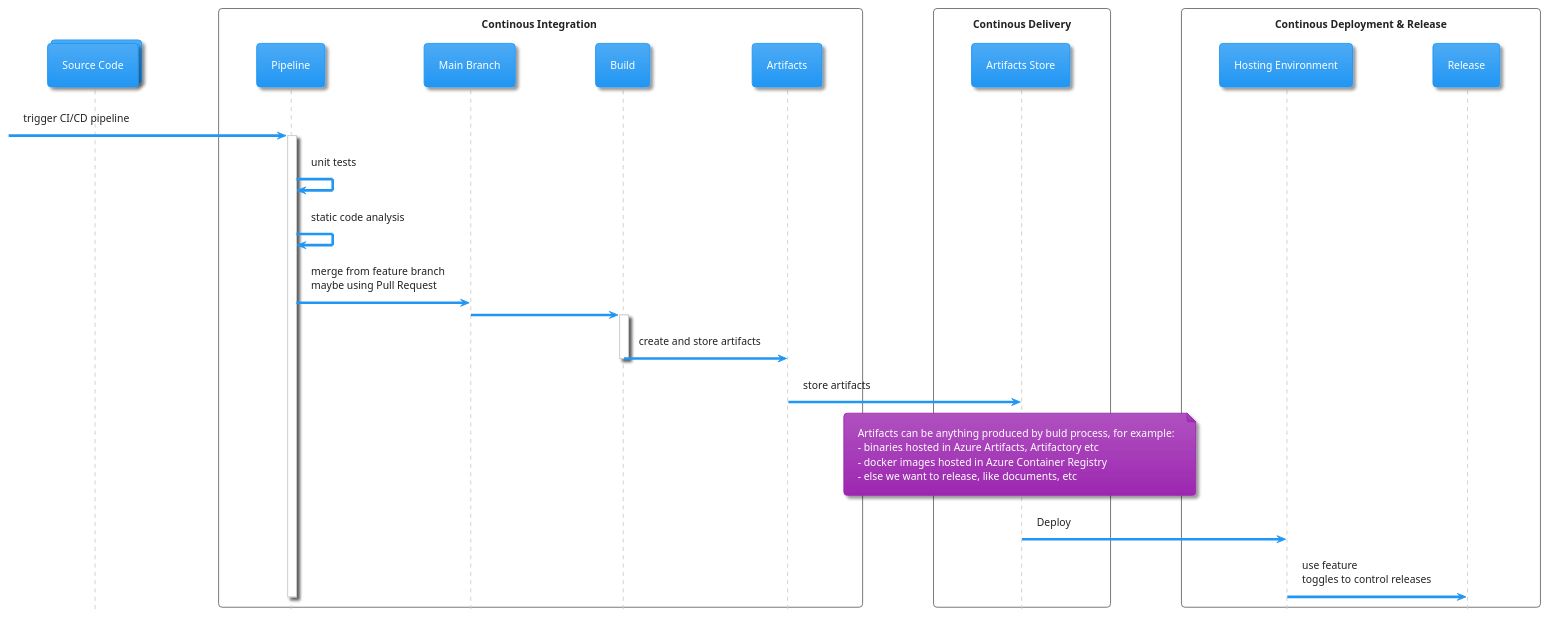
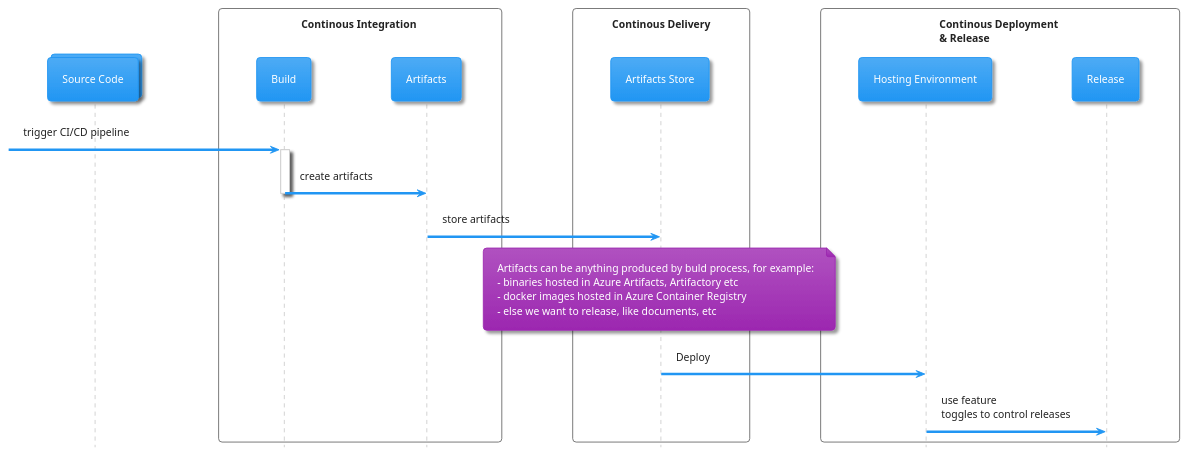
One commit to ilearnazuretoday/azure-devops changed the diagram in media/azure-ci-cd.puml. Above: the diagram before and after it, drawn with PlantUML.

Commit message:
simplified CI/CD diagram

```diff
--- a/media/azure-ci-cd.puml
+++ b/media/azure-ci-cd.puml
@@ -1,34 +1,26 @@
 @startuml azure-ci-cd
 hide footbox
 
 !theme materia
 
 collections "Source Code" as code
 box "Continous Integration <&queue>"
-[-> Pipeline : trigger CI/CD pipeline
-activate Pipeline
-Pipeline -> Pipeline : unit tests
-Pipeline -> Pipeline : static code analysis
-participant "Main Branch" as branch
-
-Pipeline -> branch : merge from feature branch \nmaybe using Pull Request
-branch -> Build
+[-> Build : trigger CI/CD pipeline
 activate Build
-Build -> Artifacts : create and store artifacts
+Build -> Artifacts : create artifacts
 deactivate Build
 end box
 box "Continous Delivery"
 "Artifacts" -> "Artifacts Store" : store artifacts
 end box
 note over "Artifacts Store"
 Artifacts can be anything produced by buld process, for example:
 - binaries hosted in Azure Artifacts, Artifactory etc
 - docker images hosted in Azure Container Registry
 - else we want to release, like documents, etc
 end note
-box "Continous Deployment & Release"
+box "Continous Deployment \n& Release"
 "Artifacts Store" -> "Hosting Environment" : Deploy
 "Hosting Environment" -> "Release" : use feature \ntoggles to control releases
 end box
-deactivate Pipeline
 @enduml
```
